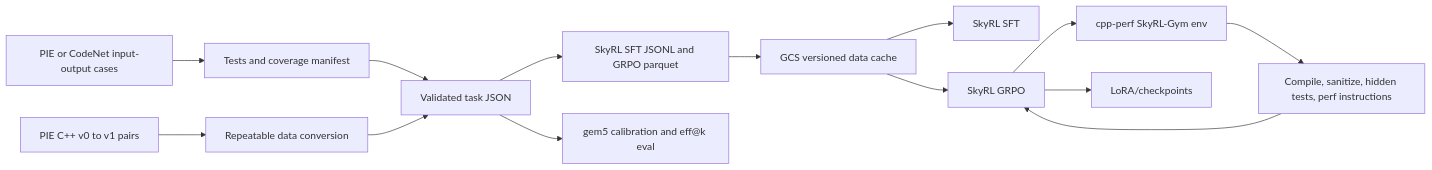
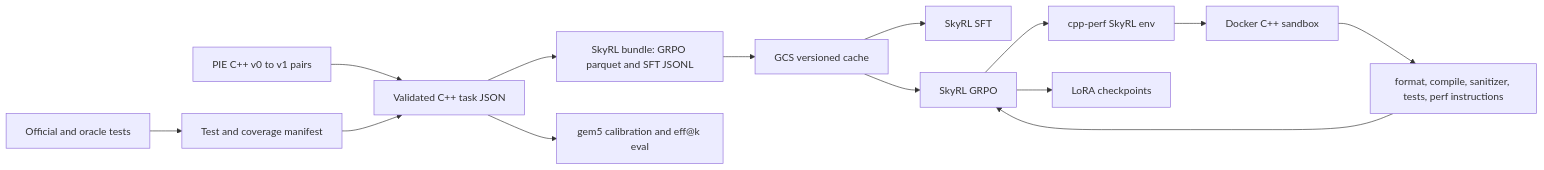
Before and after one commit to sandys/browser-is-all-you-need: the first of 2 diagrams in README.md, drawn with Mermaid. The commit also changed other lines of this file and 2 other files, not shown here.

````diff
--- a/README.md
+++ b/README.md
@@ -18,16 +46,16 @@
 ```mermaid
 flowchart LR
-  pie[PIE C++ v0 to v1 pairs] --> convert[Repeatable data conversion]
-  codenet[PIE or CodeNet input-output cases] --> manifest[Tests and coverage manifest]
-  manifest --> tasks[Validated task JSON]
-  convert --> tasks
-  tasks --> skyrlData[SkyRL SFT JSONL and GRPO parquet]
-  skyrlData --> gcs[GCS versioned data cache]
+  pie[PIE C++ v0 to v1 pairs] --> tasks[Validated C++ task JSON]
+  cases[Official and oracle tests] --> tests[Test and coverage manifest]
+  tests --> tasks
+  tasks --> skyrl[SkyRL bundle: GRPO parquet and SFT JSONL]
+  skyrl --> gcs[GCS versioned cache]
   gcs --> sft[SkyRL SFT]
   gcs --> grpo[SkyRL GRPO]
-  grpo --> env[cpp-perf SkyRL-Gym env]
-  env --> reward[Compile, sanitize, hidden tests, perf instructions]
+  grpo --> env[cpp-perf SkyRL env]
+  env --> docker[Docker C++ sandbox]
+  docker --> reward[format, compile, sanitizer, tests, perf instructions]
   reward --> grpo
-  grpo --> model[LoRA/checkpoints]
+  grpo --> lora[LoRA checkpoints]
   tasks --> eval[gem5 calibration and eff@k eval]
 ```
````
